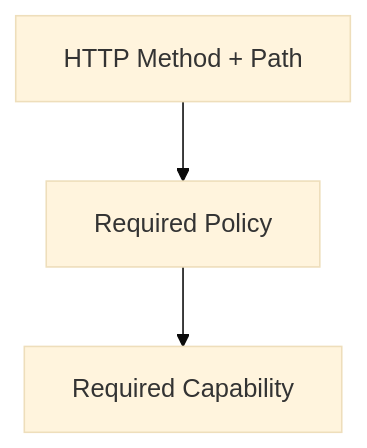
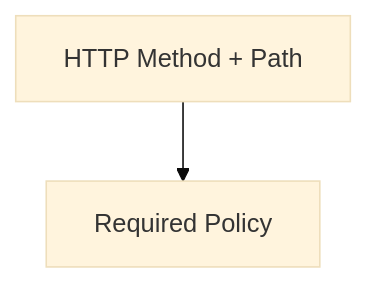
One commit to LaborManagement/documentation changed the fourth of 5 diagrams in LBE/guides/login-to-data.md. Above: the diagram before and after it, drawn with Mermaid (base theme). The commit also changed other lines of this file, not shown here.

Commit message:
capability removed

````diff
--- a/LBE/guides/login-to-data.md
+++ b/LBE/guides/login-to-data.md
@@ -83,9 +83,7 @@
 ```mermaid
 flowchart TD
     Endpoint["HTTP Method + Path"]
     Policy["Required Policy"]
-    Capability["Required Capability"]
 
     Endpoint --> Policy
-    Policy --> Capability
 ```
````
